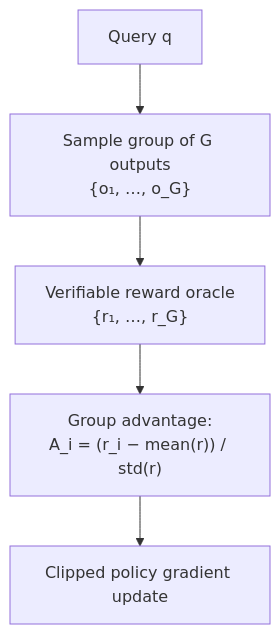
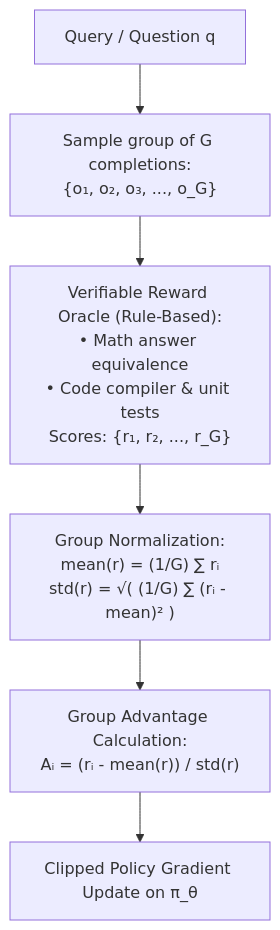
One commit to 1345AbhishekKumar/cs-cookbook changed the third of 5 diagrams in content/docs/ai-agents/agentic-ai/06-llm-reasoning-grpo-and-r1.mdx. Above: the diagram before and after it, drawn with Mermaid. The commit also changed other lines of this file and 299 other files, not shown here.

````diff
--- a/content/docs/ai-agents/agentic-ai/06-llm-reasoning-grpo-and-r1.mdx
+++ b/content/docs/ai-agents/agentic-ai/06-llm-reasoning-grpo-and-r1.mdx
@@ -71,7 +112,11 @@
 ```mermaid
 flowchart TD
-    Q["Query q"] --> Samp["Sample group of G outputs<br/>{o₁, …, o_G}"]
-    Samp --> Score["Verifiable reward oracle<br/>{r₁, …, r_G}"]
-    Score --> Norm["Group advantage:<br/>A_i = (r_i − mean(r)) / std(r)"]
-    Norm --> Grad["Clipped policy gradient update"]
+    Q["Query / Question q"] --> Sample["Sample group of G completions:<br/>{o₁, o₂, o₃, ..., o_G}"]
+    Sample --> Verifier["Verifiable Reward Oracle (Rule-Based):<br/>• Math answer equivalence<br/>• Code compiler & unit tests<br/>Scores: {r₁, r₂, ..., r_G}"]
+    
+    Verifier --> Norm["Group Normalization:<br/>mean(r) = (1/G) ∑ rᵢ<br/>std(r) = √( (1/G) ∑ (rᵢ - mean)² )"]
+    
+    Norm --> Adv["Group Advantage Calculation:<br/>Aᵢ = (rᵢ - mean(r)) / std(r)"]
+    
+    Adv --> Update["Clipped Policy Gradient Update on π_θ"]
 ```
````
